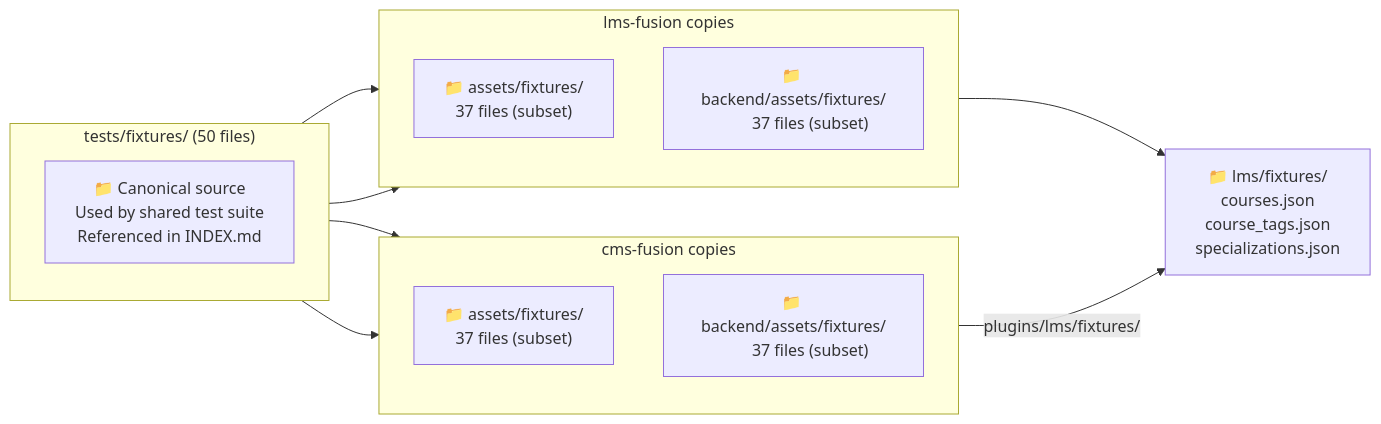
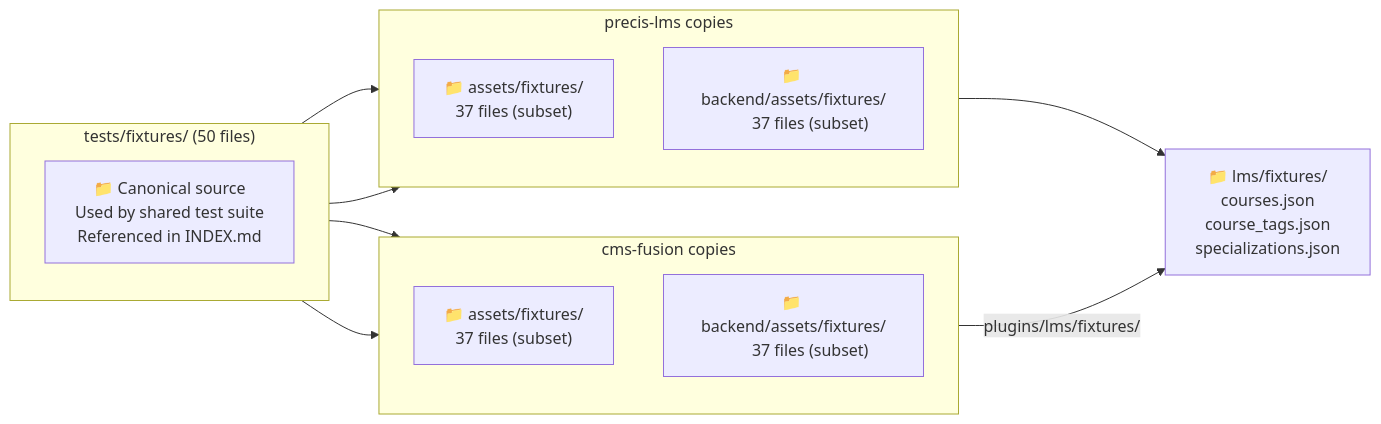
Before and after one commit to mammhoud/django-fusion: the fourth of 4 diagrams in docs/fixtures/pipeline-diagram.md, drawn with Mermaid. The commit also changed other lines of this file and 8611 other files, not shown here.

````diff
--- a/docs/fixtures/pipeline-diagram.md
+++ b/docs/fixtures/pipeline-diagram.md
@@ -262,36 +262,36 @@
 ```mermaid
 flowchart LR
     subgraph "tests/fixtures/ (50 files)"
         direction TB
         CANONICAL["📁 Canonical source
         Used by shared test suite
         Referenced in INDEX.md"]
     end
 
     subgraph "cms-fusion copies"
         direction TB
         CMS_FIX1["📁 assets/fixtures/
         37 files (subset)"]
         CMS_FIX2["📁 backend/assets/fixtures/
         37 files (subset)"]
     end
 
-    subgraph "lms-fusion copies"
+    subgraph "precis-lms copies"
         direction TB
         LMS_FIX1["📁 assets/fixtures/
         37 files (subset)"]
         LMS_FIX2["📁 backend/assets/fixtures/
         37 files (subset)"]
     end
 
     CANONICAL --> CMS_FIX1
     CANONICAL --> CMS_FIX2
     CANONICAL --> LMS_FIX1
     CANONICAL --> LMS_FIX2
 
     CMS_FIX1 -->|plugins/lms/fixtures/| LMS_COURSES["📁 lms/fixtures/
     courses.json
     course_tags.json
     specializations.json"]
     LMS_FIX2 --> LMS_COURSES
 ```
````
